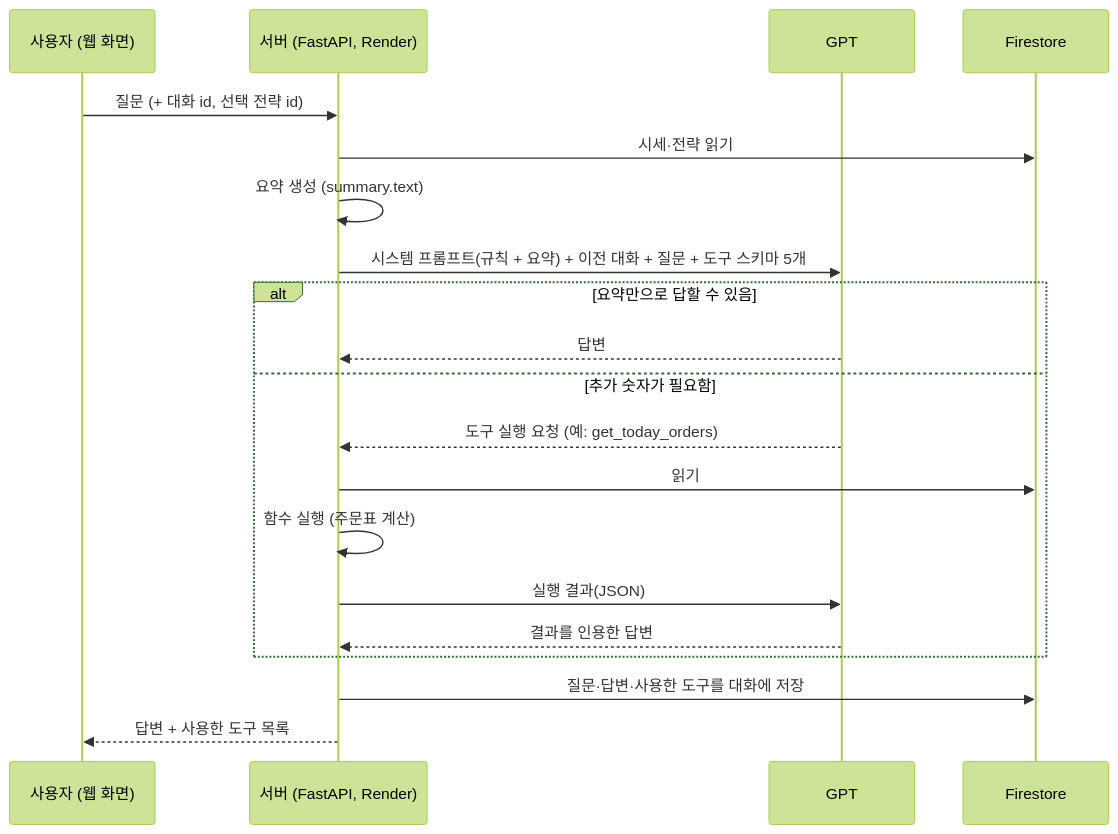
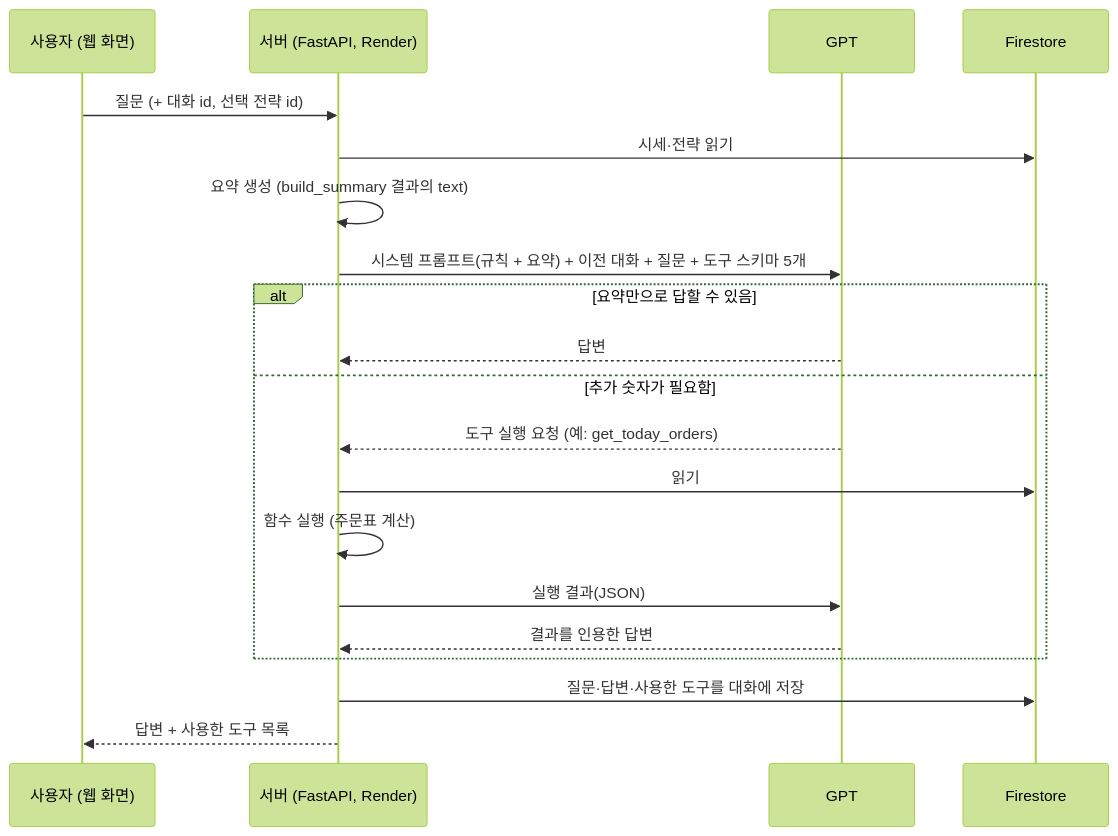
The second of 15 diagrams in README.md (goodday-min/Rule_Keeper), drawn with Mermaid (forest theme) before and after one commit. The commit also changed other lines of this file, not shown here.

Commit message:
README: 요약 글(text) 설명 보완

````diff
--- a/README.md
+++ b/README.md
@@ -231,23 +231,23 @@
 ```mermaid
 sequenceDiagram
     participant U as 사용자 (웹 화면)
     participant S as 서버 (FastAPI, Render)
     participant G as GPT
     participant F as Firestore
 
     U->>S: 질문 (+ 대화 id, 선택 전략 id)
     S->>F: 시세·전략 읽기
-    S->>S: 요약 생성 (summary.text)
+    S->>S: 요약 생성 (build_summary 결과의 text)
     S->>G: 시스템 프롬프트(규칙 + 요약) + 이전 대화 + 질문 + 도구 스키마 5개
     alt 요약만으로 답할 수 있음
         G-->>S: 답변
     else 추가 숫자가 필요함
         G-->>S: 도구 실행 요청 (예: get_today_orders)
         S->>F: 읽기
         S->>S: 함수 실행 (주문표 계산)
         S->>G: 실행 결과(JSON)
         G-->>S: 결과를 인용한 답변
     end
     S->>F: 질문·답변·사용한 도구를 대화에 저장
     S-->>U: 답변 + 사용한 도구 목록
 ```
````
